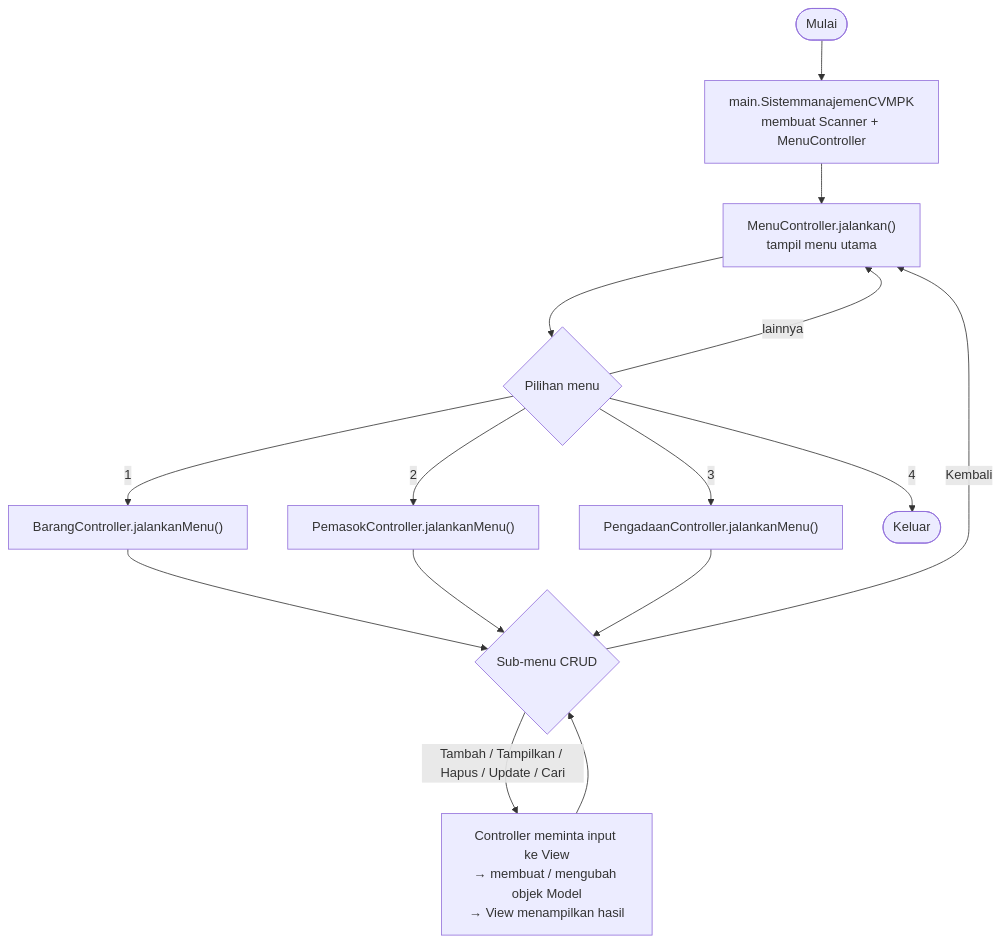
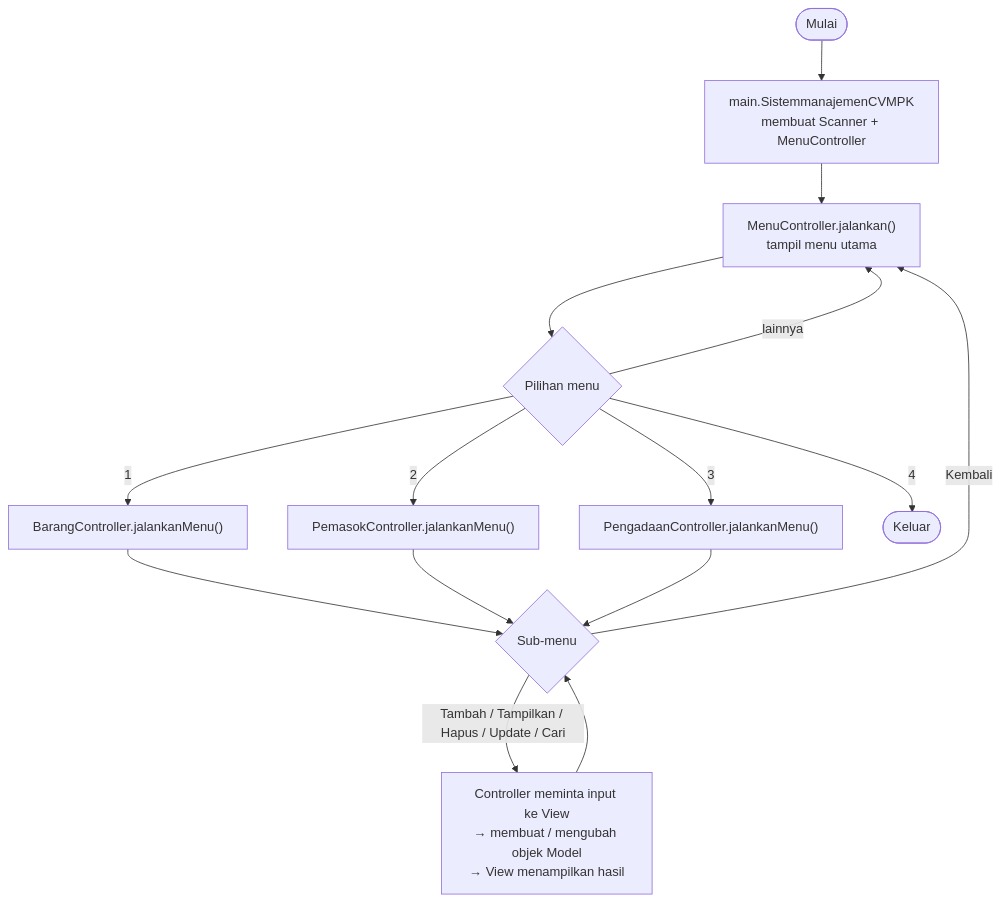
The diagram in README.md (elneva26/minpro-3-PBO-SistemmanajemenCVMPK), drawn with Mermaid before and after one commit. The commit also changed other lines of this file, not shown here.

````diff
--- a/README.md
+++ b/README.md
@@ -95,17 +119,17 @@
 ```mermaid
 flowchart TD
     A([Mulai]) --> B["main.SistemmanajemenCVMPK<br/>membuat Scanner + MenuController"]
     B --> C["MenuController.jalankan()<br/>tampil menu utama"]
     C --> D{Pilihan menu}
     D -->|1| E["BarangController.jalankanMenu()"]
     D -->|2| F["PemasokController.jalankanMenu()"]
     D -->|3| G["PengadaanController.jalankanMenu()"]
     D -->|4| H(["Keluar"])
     D -->|lainnya| C
-    E --> I{"Sub-menu CRUD"}
+    E --> I{"Sub-menu"}
     F --> I
     G --> I
     I -->|Tambah / Tampilkan / Hapus / Update / Cari| J["Controller meminta input ke View<br/>→ membuat / mengubah objek Model<br/>→ View menampilkan hasil"]
     J --> I
     I -->|Kembali| C
 ```
````
